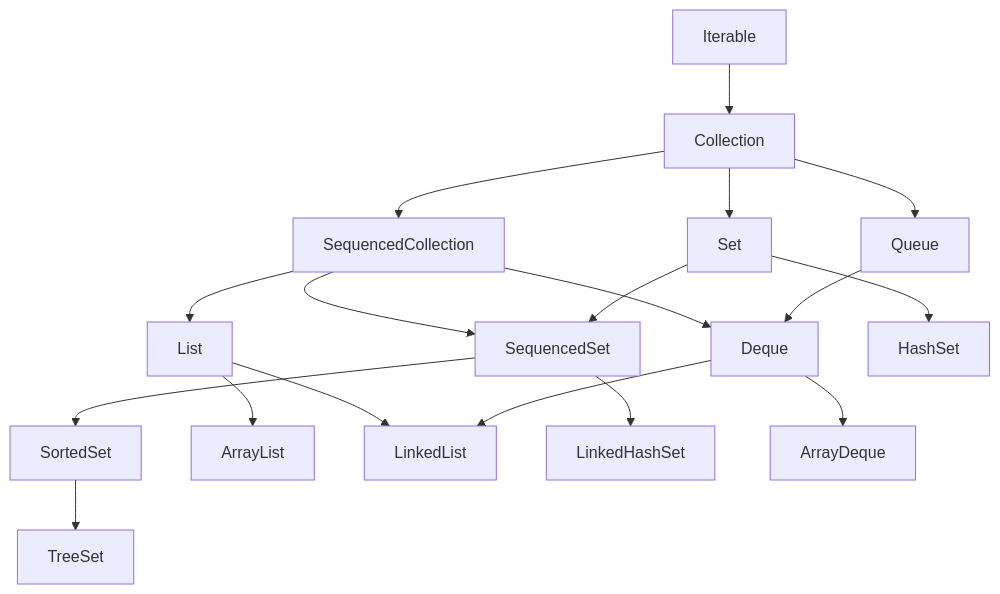
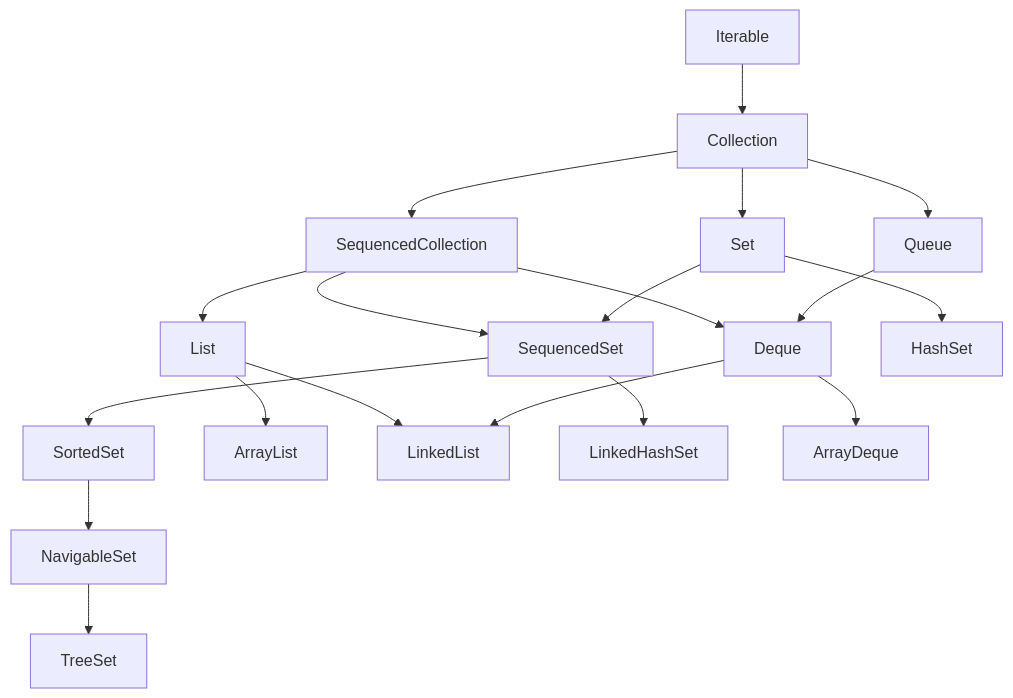
One commit to arvind-codegnan/core-java-reference-material changed the first of 9 diagrams in collections.md. Above: the diagram before and after it, drawn with Mermaid. The commit also changed other lines of this file, not shown here.

````diff
--- a/collections.md
+++ b/collections.md
@@ -27,20 +101,21 @@
 ```mermaid
 flowchart TD
     I[Iterable] --> C[Collection]
     C --> SC[SequencedCollection]
     C --> S[Set]
     C --> Q[Queue]
     SC --> L[List]
     SC --> D[Deque]
     SC --> SS[SequencedSet]
-    S --> SS[SequencedSet]
+    S --> SS
     SS --> SORTS[SortedSet]
+    SORTS --> NS[NavigableSet]
     Q --> D
     L --> AL[ArrayList]
     L --> LL[LinkedList]
+    S --> HS[HashSet]
     SS --> LHS[LinkedHashSet]
-    SORTS --> TS[TreeSet]
-    S --> HS[HashSet]
+    NS --> TS[TreeSet]
     D --> AD[ArrayDeque]
     D --> LL
 ```
````
